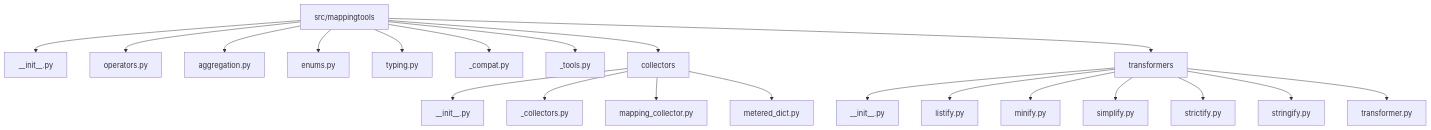
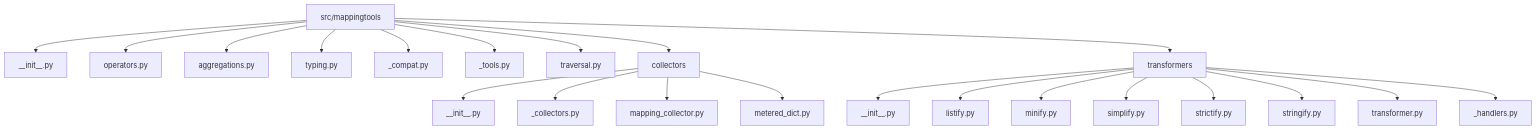
The diagram in docs/diagrams/file_structure.md (erivlis/mappingtools), drawn with Mermaid before and after one commit. The commit also changed 3 other files, not shown here.

````diff
--- a/docs/diagrams/file_structure.md
+++ b/docs/diagrams/file_structure.md
@@ -1,25 +1,26 @@
 ```mermaid
 graph TD
     A[src/mappingtools] --> B[__init__.py]
     A --> C[operators.py]
-    A --> CA[aggregation.py]
-    A --> CB[enums.py]
+    A --> CA[aggregations.py]
     A --> D[typing.py]
     A --> E[_compat.py]
     A --> F[_tools.py]
+    A --> I[traversal.py]
     A --> G[collectors]
     A --> H[transformers]
 
     G --> G1[__init__.py]
     G --> G2[_collectors.py]
     G --> G3[mapping_collector.py]
     G --> G4[metered_dict.py]
 
     H --> H1[__init__.py]
     H --> H2[listify.py]
     H --> H3[minify.py]
     H --> H4[simplify.py]
     H --> H5[strictify.py]
     H --> H6[stringify.py]
     H --> H7[transformer.py]
+    H --> H8[_handlers.py]
 ```
````
